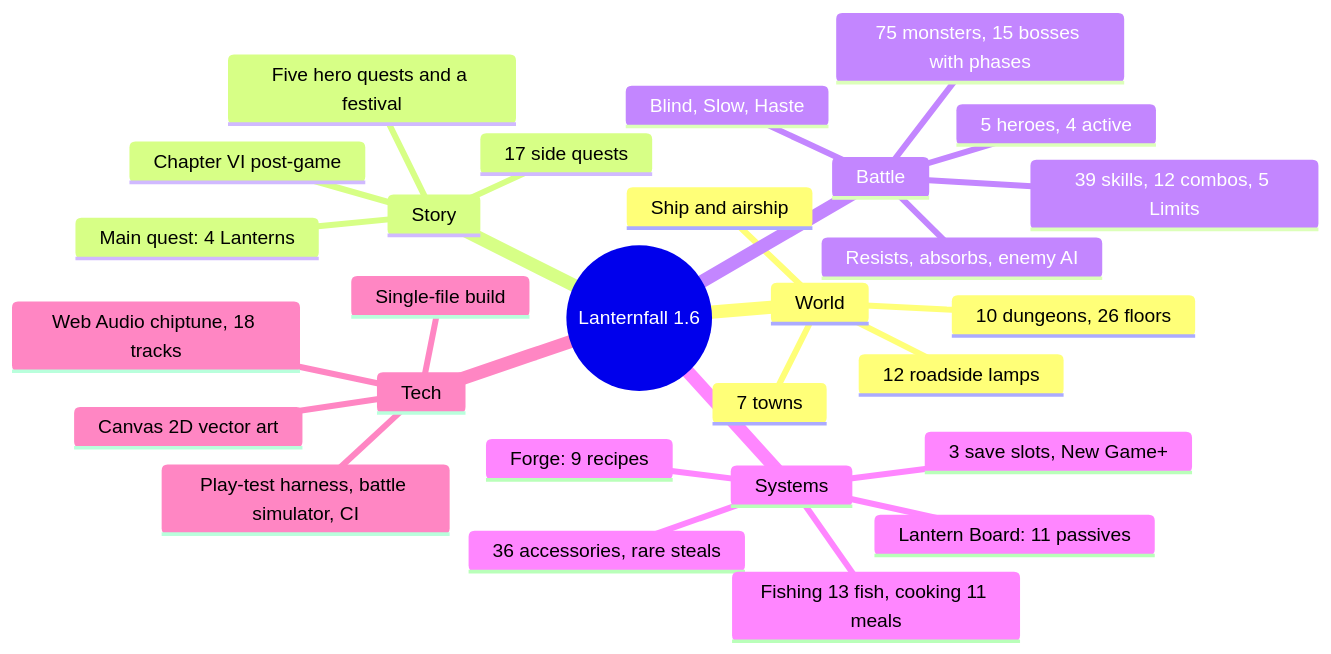
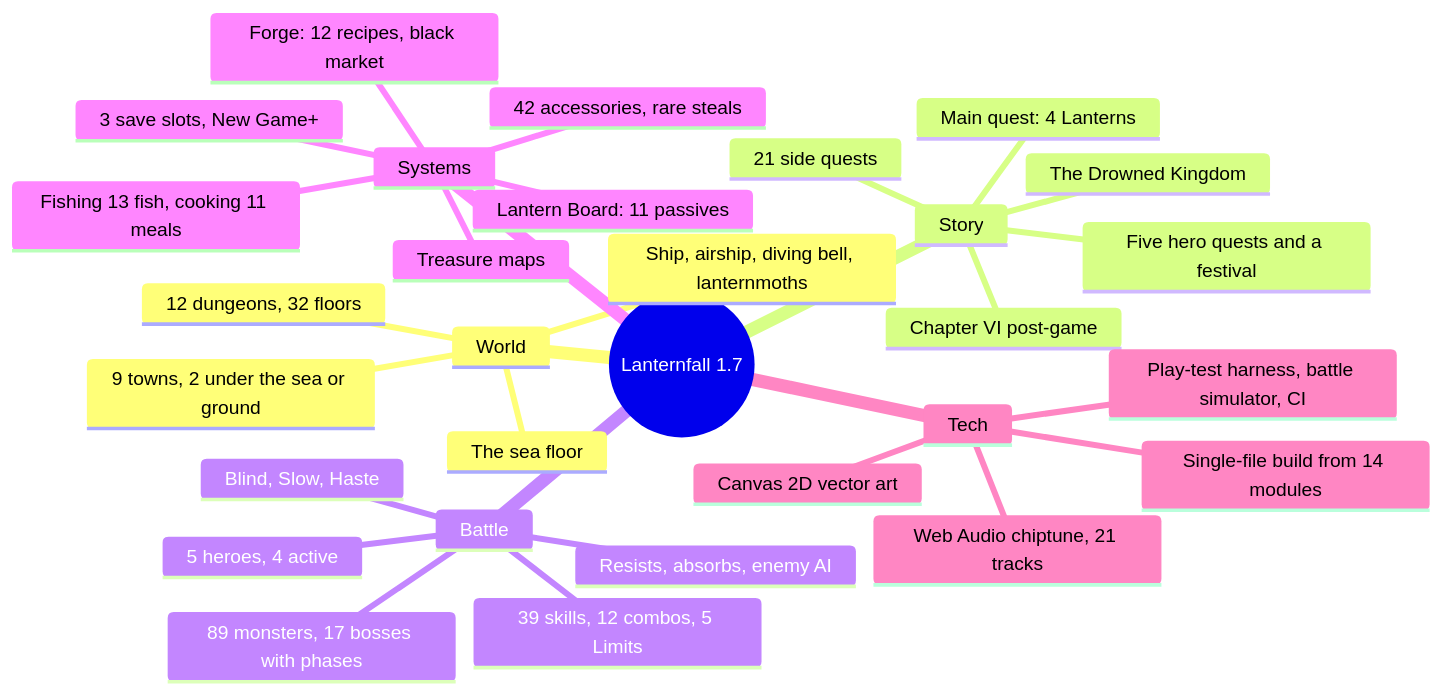
One commit to CptNope/Laternfall changed the first of 11 diagrams in ROADMAP.md. Above: the diagram before and after it, drawn with Mermaid. The commit also changed other lines of this file and 27 other files, not shown here.

First line of the commit message:
1.7.0 The Drowned Kingdom: diving bell, sea floor, Nerith, treasure maps, lanternmoths

````diff
--- a/ROADMAP.md
+++ b/ROADMAP.md
@@ -40,31 +40,33 @@
 ```mermaid
 mindmap
-  root((Lanternfall 1.6))
+  root((Lanternfall 1.7))
     World
-      7 towns
-      10 dungeons, 26 floors
-      Ship and airship
-      12 roadside lamps
+      9 towns, 2 under the sea or ground
+      12 dungeons, 32 floors
+      Ship, airship, diving bell, lanternmoths
+      The sea floor
     Story
       Main quest: 4 Lanterns
       Chapter VI post-game
       Five hero quests and a festival
-      17 side quests
+      The Drowned Kingdom
+      21 side quests
     Battle
       5 heroes, 4 active
       39 skills, 12 combos, 5 Limits
-      75 monsters, 15 bosses with phases
+      89 monsters, 17 bosses with phases
       Blind, Slow, Haste
       Resists, absorbs, enemy AI
     Systems
       Lantern Board: 11 passives
-      36 accessories, rare steals
+      42 accessories, rare steals
       Fishing 13 fish, cooking 11 meals
-      Forge: 9 recipes
+      Forge: 12 recipes, black market
+      Treasure maps
       3 save slots, New Game+
     Tech
       Canvas 2D vector art
-      Web Audio chiptune, 18 tracks
-      Single-file build
+      Web Audio chiptune, 21 tracks
+      Single-file build from 14 modules
       Play-test harness, battle simulator, CI
 ```
````
